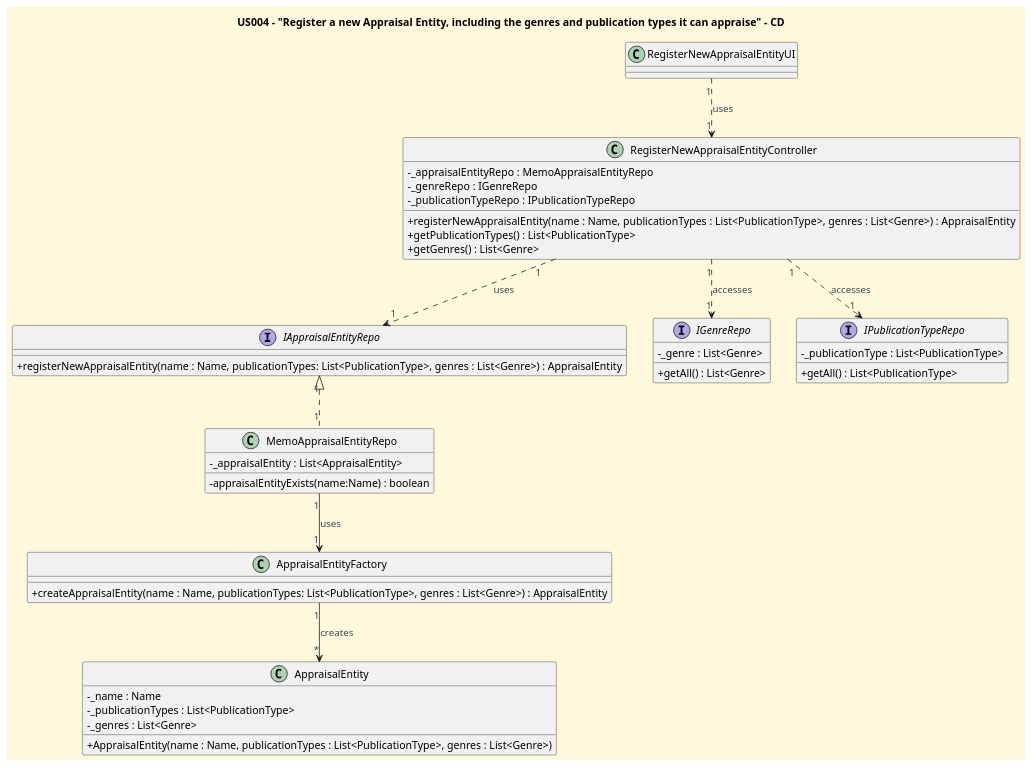
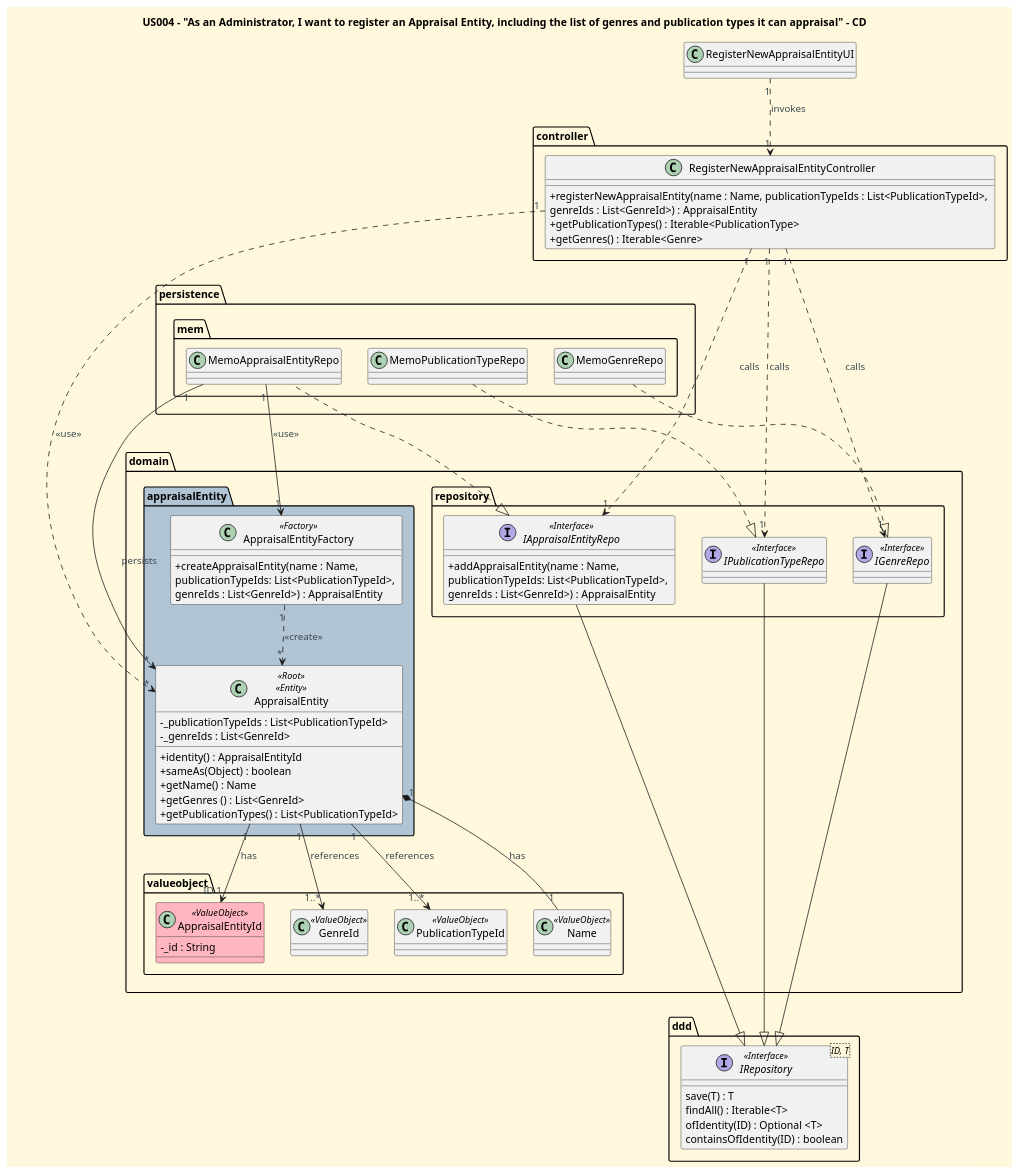
The diagram in docs/user-stories/US004/US004_register_new_appraisal_entity_CD.puml (CarolinaLeite-collab/JavaMarketplacePlatform), drawn with PlantUML before and after one commit. The commit also changed 1 other file, not shown here.

Commit message:
docs: update US004 CD and SD Diagrams to comply with DDD refactor -  refs #521

```diff
--- a/docs/user-stories/US004/US004_register_new_appraisal_entity_CD.puml
+++ b/docs/user-stories/US004/US004_register_new_appraisal_entity_CD.puml
@@ -1,67 +1,158 @@
 @startuml
-'https://plantuml.com/class-diagram
-title US004 - "Register a new Appraisal Entity, including the genres and publication types it can appraise" - CD
+
+'==== Title ====
+title US004 - "As an Administrator, I want to register an Appraisal Entity, including the list of genres and publication types it can appraisal" - CD
+top to bottom direction
 
 
 '==== basic style ====
 skinparam monochrome false
 skinparam shadowing false
 skinparam defaultFontName Futura
 skinparam objectFontSize 20
 skinparam backgroundColor CornSilk
 skinparam objectBackgroundColor WhiteSmoke
 skinparam noteBackgroundColor #FFFFE0
 skinparam ArrowFontColor #3B4953
 skinparam ActivationBackgroundColor black
 skinparam classAttributeIconSize 0
 
+
+' ===== Domain =====
 class RegisterNewAppraisalEntityUI {
 }
 
-class RegisterNewAppraisalEntityController {
-- _appraisalEntityRepo : MemoAppraisalEntityRepo
-- _genreRepo : IGenreRepo
-- _publicationTypeRepo : IPublicationTypeRepo
-+ registerNewAppraisalEntity(name : Name, publicationTypes : List<PublicationType>, genres : List<Genre>) : AppraisalEntity
-+ getPublicationTypes() : List<PublicationType>
-+ getGenres() : List<Genre>
+package "controller" {
+
+    class RegisterNewAppraisalEntityController {
+
+        + registerNewAppraisalEntity(name : Name, publicationTypeIds : List<PublicationTypeId>, \ngenreIds : List<GenreId>) : AppraisalEntity
+        + getPublicationTypes() : Iterable<PublicationType>
+        + getGenres() : Iterable<Genre>
+
+    }
+
 }
 
-interface IAppraisalEntityRepo {
-+ registerNewAppraisalEntity(name : Name, publicationTypes: List<PublicationType>, genres : List<Genre>) : AppraisalEntity
+package "persistence" {
+
+    package "mem" {
+
+        class MemoAppraisalEntityRepo {
+
+        }
+
+        class MemoGenreRepo {
+
+        }
+
+        class MemoPublicationTypeRepo {
+
+        }
+
+    }
+
 }
 
-class MemoAppraisalEntityRepo {
--_appraisalEntity : List<AppraisalEntity>
-- appraisalEntityExists(name:Name) : boolean
+package "domain" {
+    package "repository" {
+
+        interface IAppraisalEntityRepo <<Interface>> {
+        + addAppraisalEntity(name : Name, \npublicationTypeIds: List<PublicationTypeId>, \ngenreIds : List<GenreId>) : AppraisalEntity
+
+        }
+
+        interface IGenreRepo <<Interface>> {
+
+        }
+
+        interface IPublicationTypeRepo <<Interface>> {
+
+        }
+
+    }
+
+    package "appraisalEntity" #b0c4d4 {
+
+        class AppraisalEntity <<Root>> <<Entity>>{
+            -_publicationTypeIds : List<PublicationTypeId>
+            -_genreIds : List<GenreId>
+
+            +identity() : AppraisalEntityId
+            +sameAs(Object) : boolean
+            +getName() : Name
+            +getGenres () : List<GenreId>
+            +getPublicationTypes() : List<PublicationTypeId>
+        }
+
+        class AppraisalEntityFactory <<Factory>> {
+        + createAppraisalEntity(name : Name, \npublicationTypeIds: List<PublicationTypeId>, \ngenreIds : List<GenreId>) : AppraisalEntity
+        }
+
+    }
+
+    Package "valueobject"  {
+
+        '== Value Objects (Ids) ==
+        class AppraisalEntityId <<ValueObject>> #LightPink {
+        -_id : String
+
+        }
+
+        class GenreId <<ValueObject>> {
+
+        }
+
+        class PublicationTypeId <<ValueObject>> {
+
+        }
+        ' ===== Value Objects =====
+        class Name <<ValueObject>> {
+
+        }
+
+    }
+
 }
 
-class AppraisalEntityFactory {
-+ createAppraisalEntity(name : Name, publicationTypes: List<PublicationType>, genres : List<Genre>) : AppraisalEntity
-}
-interface IGenreRepo {
-- _genre : List<Genre>
-+ getAll() : List<Genre>
+Package "ddd" {
+
+    interface IRepository<ID, T> <<Interface>> {
+    save(T) : T
+    findAll() : Iterable<T>
+    ofIdentity(ID) : Optional <T>
+    containsOfIdentity(ID) : boolean
+    }
+
 }
 
-interface IPublicationTypeRepo {
--_publicationType : List<PublicationType>
-+ getAll() : List<PublicationType>
-}
 
-class AppraisalEntity{
-- _name : Name
-- _publicationTypes : List<PublicationType>
-- _genres : List<Genre>
-+ AppraisalEntity(name : Name, publicationTypes : List<PublicationType>, genres : List<Genre>)
-}
+'==== Interactions ====
 
-RegisterNewAppraisalEntityUI "1" ..> "1" RegisterNewAppraisalEntityController : uses
-RegisterNewAppraisalEntityController "1" ..> "1" IGenreRepo : accesses
-RegisterNewAppraisalEntityController "1" ..> "1" IPublicationTypeRepo : accesses
-RegisterNewAppraisalEntityController "1" ..> "1" IAppraisalEntityRepo : uses
-IAppraisalEntityRepo "1" <|.. "1" MemoAppraisalEntityRepo
-MemoAppraisalEntityRepo "1" --> "1" AppraisalEntityFactory : uses
-AppraisalEntityFactory "1" --> "*" AppraisalEntity : creates
+RegisterNewAppraisalEntityUI "1" ..> "1" RegisterNewAppraisalEntityController : invokes
+
+RegisterNewAppraisalEntityController "1" ..> "1" IGenreRepo : calls
+RegisterNewAppraisalEntityController "1" ..> "1" IPublicationTypeRepo : calls
+RegisterNewAppraisalEntityController "1" ..> "1" IAppraisalEntityRepo : calls
+RegisterNewAppraisalEntityController "1" ....> "*" AppraisalEntity : <<use>>
+
+MemoAppraisalEntityRepo "1" --> "1" AppraisalEntityFactory : <<use>>
+
+AppraisalEntityFactory "1" ..> "*" AppraisalEntity : <<create>>
+
+AppraisalEntity "1" --> "ID 1" AppraisalEntityId : has
+AppraisalEntity "1" --> "1..*" GenreId : references
+AppraisalEntity "1" --> "1..*" PublicationTypeId : references
+AppraisalEntity "1" *-- "1" Name : has
+AppraisalEntity "*" <- "1" MemoAppraisalEntityRepo : persists
+
+IAppraisalEntityRepo <|.. MemoAppraisalEntityRepo
+MemoGenreRepo ..|> IGenreRepo
+MemoPublicationTypeRepo ..|> IPublicationTypeRepo
+
+IAppraisalEntityRepo ----|> IRepository
+IPublicationTypeRepo -|> IRepository
+IGenreRepo -|> IRepository
+
 
 @enduml
```
